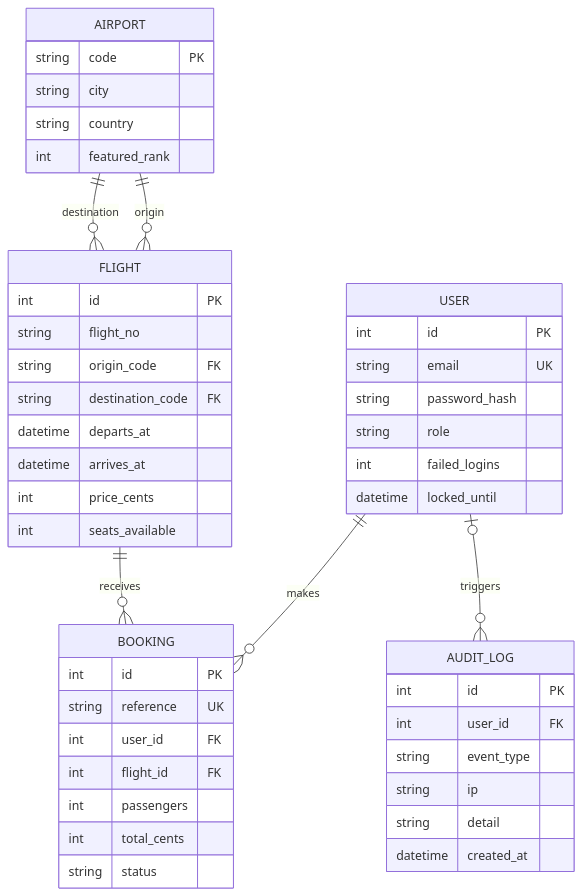
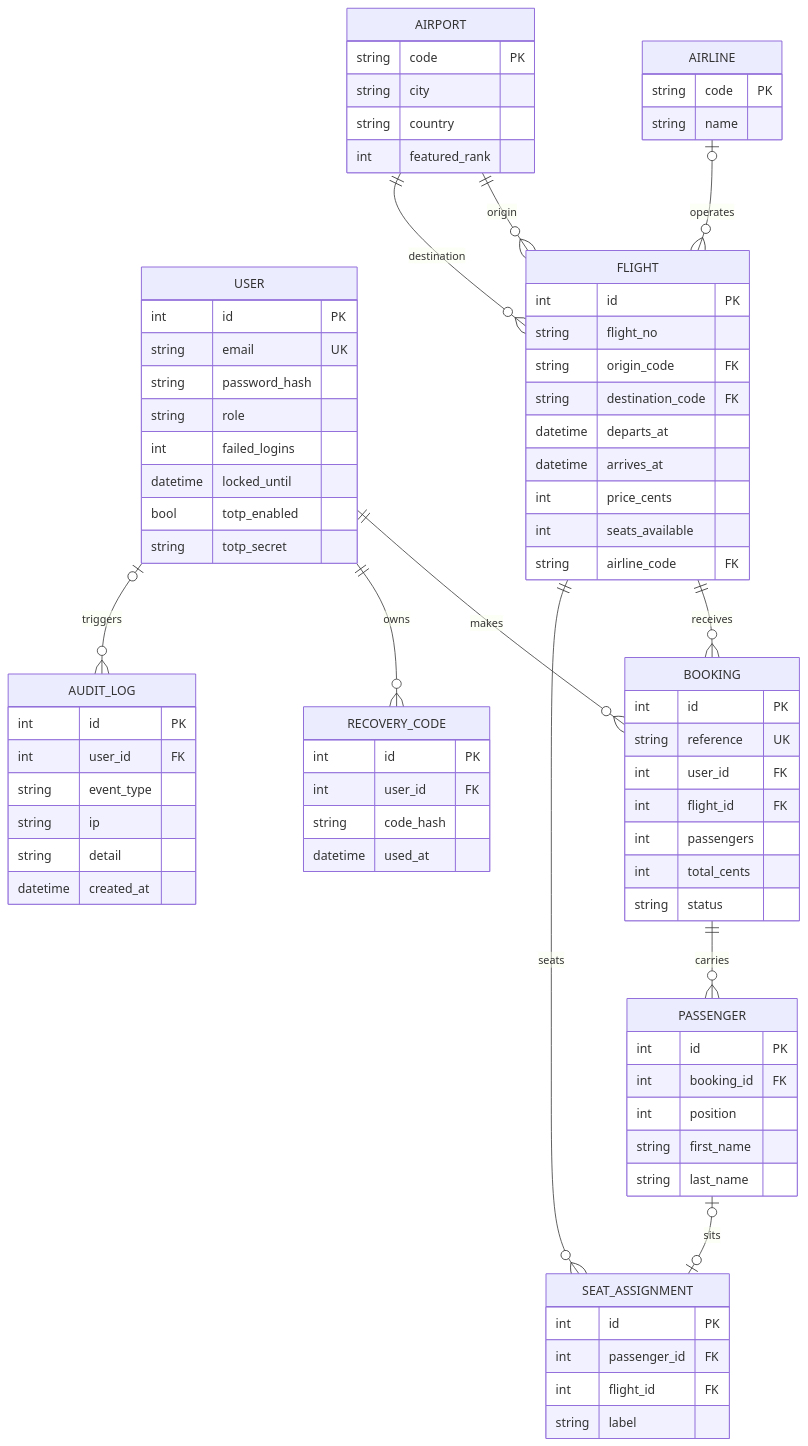
The second of 5 diagrams in docs/ARCHITECTURE.md (houda-djb/securepass), drawn with Mermaid before and after one commit. The commit also changed other lines of this file and 5 other files, not shown here.

````diff
--- a/docs/ARCHITECTURE.md
+++ b/docs/ARCHITECTURE.md
@@ -29,50 +29,81 @@
 ```mermaid
 erDiagram
     USER ||--o{ BOOKING : makes
+    USER ||--o{ RECOVERY_CODE : owns
     FLIGHT ||--o{ BOOKING : receives
+    AIRLINE |o--o{ FLIGHT : operates
+    BOOKING ||--o{ PASSENGER : carries
+    PASSENGER |o--o| SEAT_ASSIGNMENT : sits
+    FLIGHT ||--o{ SEAT_ASSIGNMENT : seats
     AIRPORT ||--o{ FLIGHT : origin
     AIRPORT ||--o{ FLIGHT : destination
     USER |o--o{ AUDIT_LOG : triggers
 
     USER {
         int id PK
         string email UK
         string password_hash
         string role
         int failed_logins
         datetime locked_until
+        bool totp_enabled
+        string totp_secret
+    }
+    RECOVERY_CODE {
+        int id PK
+        int user_id FK
+        string code_hash
+        datetime used_at
+    }
+    AIRLINE {
+        string code PK
+        string name
+    }
+    PASSENGER {
+        int id PK
+        int booking_id FK
+        int position
+        string first_name
+        string last_name
+    }
+    SEAT_ASSIGNMENT {
+        int id PK
+        int passenger_id FK
+        int flight_id FK
+        string label
     }
     AIRPORT {
         string code PK
         string city
         string country
         int featured_rank
     }
     FLIGHT {
         int id PK
         string flight_no
         string origin_code FK
         string destination_code FK
         datetime departs_at
         datetime arrives_at
         int price_cents
         int seats_available
+        string airline_code FK
     }
     BOOKING {
         int id PK
         string reference UK
         int user_id FK
         int flight_id FK
         int passengers
         int total_cents
         string status
     }
     AUDIT_LOG {
         int id PK
         int user_id FK
         string event_type
         string ip
         string detail
         datetime created_at
     }
 ```
````
